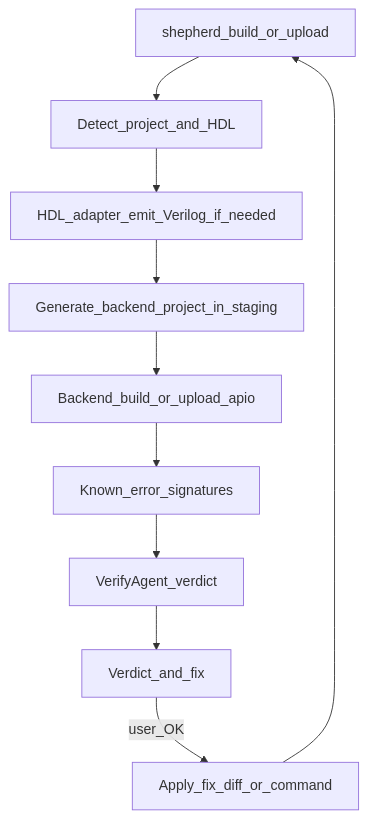
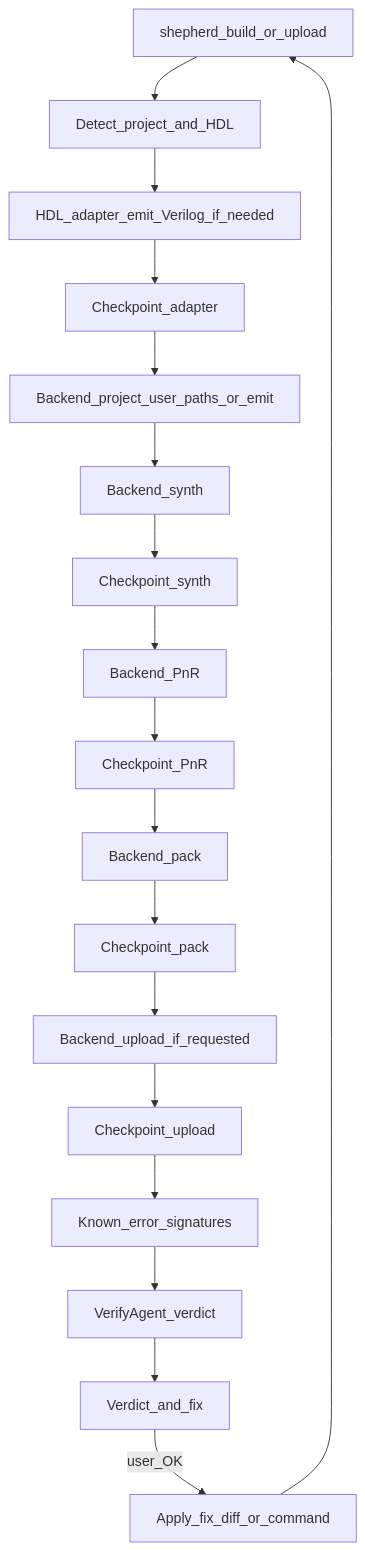
The diagram in PLAN.md (stepacool/FPGA-shepherd), drawn with Mermaid before and after one commit. The commit also changed other lines of this file and 2 other files, not shown here.

First line of the commit message:
Enhance documentation in PLAN_UI.md and PLAN.md for FPGA Shepherd project.

````diff
--- a/PLAN.md
+++ b/PLAN.md
@@ -80,12 +82,20 @@
 ```mermaid
 flowchart TD
   Cmd[shepherd_build_or_upload] --> Detect[Detect_project_and_HDL]
   Detect --> Adapter[HDL_adapter_emit_Verilog_if_needed]
-  Adapter --> Stage[Generate_backend_project_in_staging]
-  Stage --> Backend[Backend_build_or_upload_apio]
-  Backend --> Match[Known_error_signatures]
+  Adapter --> CheckA[Checkpoint_adapter]
+  CheckA --> Stage[Backend_project_user_paths_or_emit]
+  Stage --> Synth[Backend_synth]
+  Synth --> CheckS[Checkpoint_synth]
+  CheckS --> PnR[Backend_PnR]
+  PnR --> CheckP[Checkpoint_PnR]
+  CheckP --> Pack[Backend_pack]
+  Pack --> CheckK[Checkpoint_pack]
+  CheckK --> Upload[Backend_upload_if_requested]
+  Upload --> CheckU[Checkpoint_upload]
+  CheckU --> Match[Known_error_signatures]
   Match --> Verify[VerifyAgent_verdict]
   Verify --> Report[Verdict_and_fix]
   Report -->|user_OK| Fix[Apply_fix_diff_or_command]
   Fix --> Cmd
 ```
````
